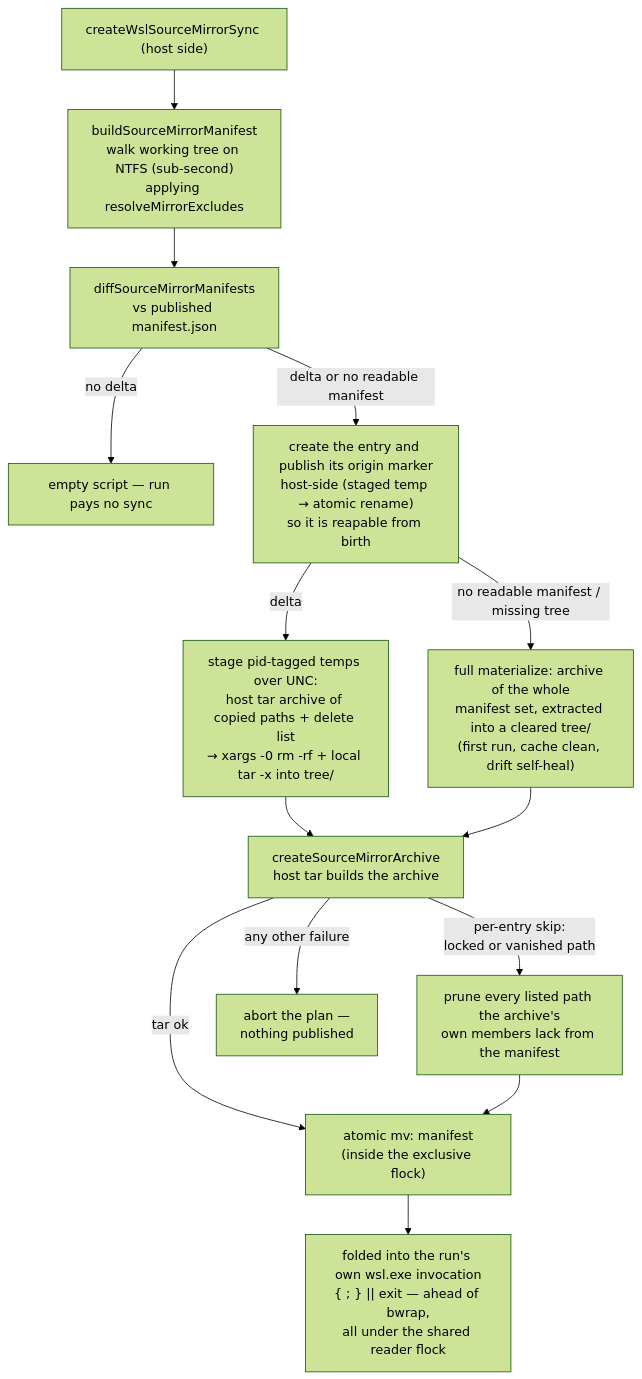
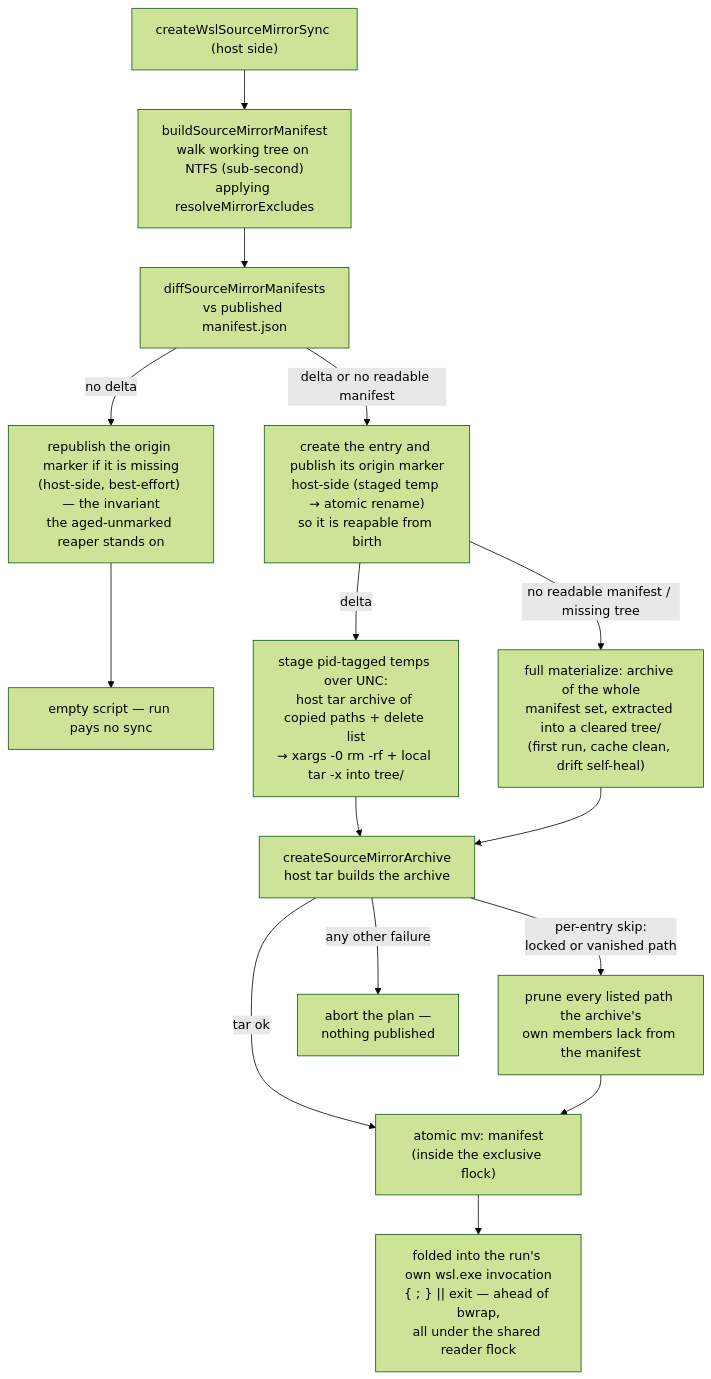
One commit to Esposter/Esposter changed the diagram in packages/app/content/docs/virrun/wsl-source-mirror.md. Above: the diagram before and after it, drawn with Mermaid (forest theme). The commit also changed 8 other files, not shown here.

````diff
--- a/packages/app/content/docs/virrun/wsl-source-mirror.md
+++ b/packages/app/content/docs/virrun/wsl-source-mirror.md
@@ -20,15 +20,15 @@
 ```mermaid
 flowchart TB
     plan["createWslSourceMirrorSync (host side)"] --> walk["buildSourceMirrorManifest\nwalk working tree on NTFS (sub-second)\napplying resolveMirrorExcludes"]
     walk --> diff["diffSourceMirrorManifests\nvs published manifest.json"]
-    diff -->|"no delta"| skipped["empty script — run pays no sync"]
+    diff -->|"no delta"| refresh["republish the origin marker if it is missing\n(host-side, best-effort) — the invariant\nthe aged-unmarked reaper stands on"] --> skipped["empty script — run pays no sync"]
     diff -->|"delta or no readable manifest"| mark["create the entry and publish its origin marker\nhost-side (staged temp → atomic rename)\nso it is reapable from birth"]
     mark -->|"delta"| delta["stage pid-tagged temps over UNC:\nhost tar archive of copied paths + delete list\n→ xargs -0 rm -rf + local tar -x into tree/"]
     mark -->|"no readable manifest / missing tree"| full["full materialize: archive of the whole\nmanifest set, extracted into a cleared tree/\n(first run, cache clean, drift self-heal)"]
     delta --> archive["createSourceMirrorArchive\nhost tar builds the archive"]
     full --> archive
     archive -->|"tar ok"| publish
     archive -->|"per-entry skip:\nlocked or vanished path"| prune["prune every listed path the archive's\nown members lack from the manifest"] --> publish
     archive -->|"any other failure"| abort["abort the plan —\nnothing published"]
     publish["atomic mv: manifest\n(inside the exclusive flock)"] --> bwrap["folded into the run's own wsl.exe invocation\n{ <sync>; } || exit — ahead of bwrap,\nall under the shared reader flock"]
 ```
````
